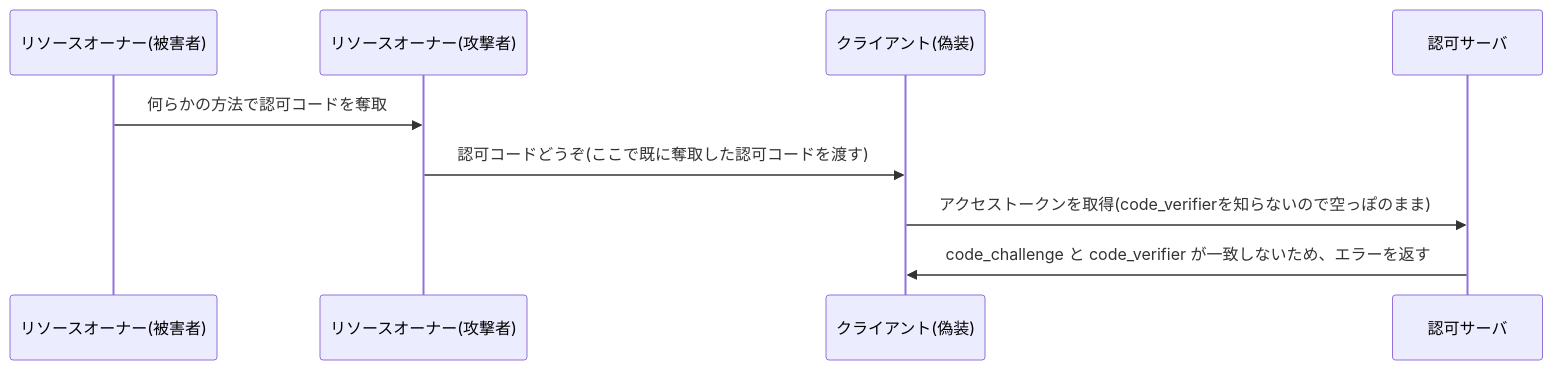
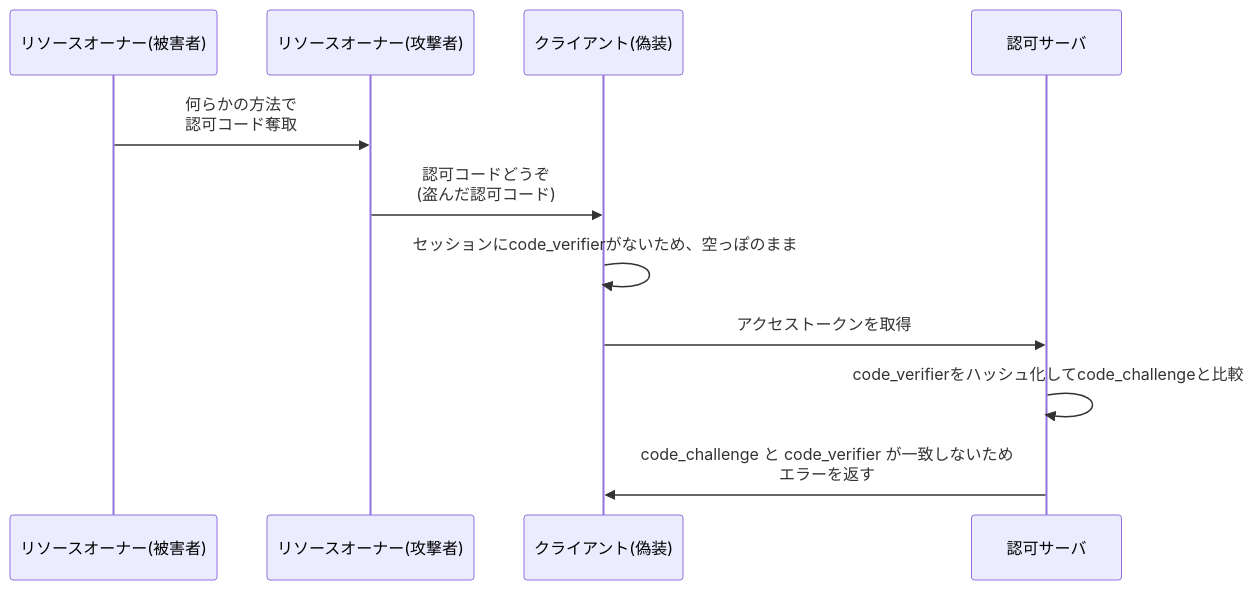
Before and after one commit to calloc134/zenn-dir: the tenth of 20 diagrams in articles/5e8da6c491e720.md, drawn with Mermaid. The commit also changed other lines of this file, not shown here.

````diff
--- a/articles/5e8da6c491e720.md
+++ b/articles/5e8da6c491e720.md
@@ -1036,11 +1042,13 @@
 ```mermaid
 sequenceDiagram
   participant リソースオーナー(被害者)
   participant リソースオーナー(攻撃者)
   participant クライアント(偽装)
   participant 認可サーバ
-  リソースオーナー(被害者)->>リソースオーナー(攻撃者): 何らかの方法で認可コードを奪取
-  リソースオーナー(攻撃者)->>クライアント(偽装): 認可コードどうぞ(ここで既に奪取した認可コードを渡す)
-  クライアント(偽装)->>認可サーバ: アクセストークンを取得(code_verifierを知らないので空っぽのまま)
-  認可サーバ->>クライアント(偽装): code_challenge と code_verifier が一致しないため、エラーを返す
+  リソースオーナー(被害者)->>リソースオーナー(攻撃者): 何らかの方法で<br>認可コード奪取
+  リソースオーナー(攻撃者)->>クライアント(偽装): 認可コードどうぞ<br>(盗んだ認可コード)
+  クライアント(偽装)->>クライアント(偽装): セッションにcode_verifierがないため、空っぽのまま
+  クライアント(偽装)->>認可サーバ: アクセストークンを取得
+  認可サーバ->>認可サーバ: code_verifierをハッシュ化してcode_challengeと比較
+  認可サーバ->>クライアント(偽装): code_challenge と code_verifier が一致しないため<br>エラーを返す
 ```
````
